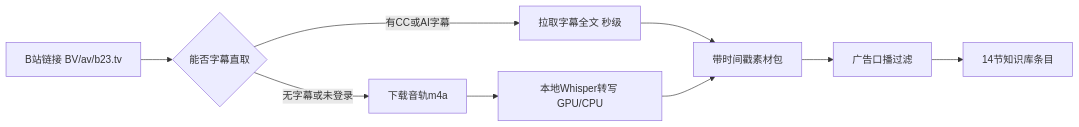
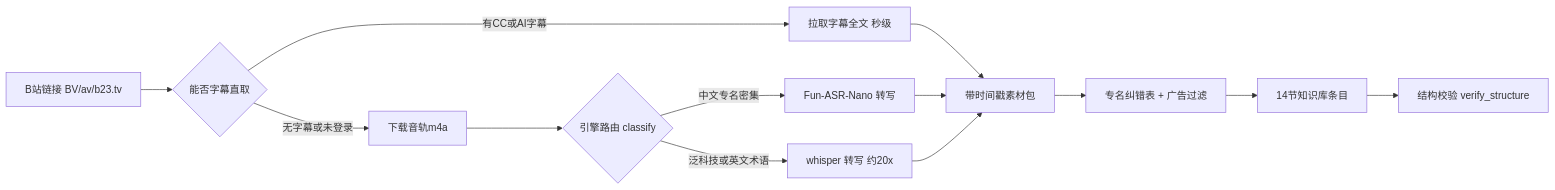
Before and after one commit to Willson-Huang/bilibili-video-summary: the diagram in README.md, drawn with Mermaid. The commit also changed other lines of this file, not shown here.

Commit message:
docs: 流程图更新至 v2.5.x（双引擎路由 + 纠错表 + 结构校验）
原图停留在单引擎（本地 Whisper）且缺专名纠错与结构校验环节，与首屏简介不一致。
新版 11 节点：字幕直取 / 音轨下载 → 引擎路由 classify（whisper 20x 或
Fun-ASR-Nano 专名准）→ 素材包 → 专名纠错+广告过滤 → 14 节条目 → 结构校验。
图下方改为三段说明表（字幕直取 / 引擎路由 / 纠错与校验）。

````diff
--- a/README.md
+++ b/README.md
@@ -94,11 +94,15 @@
 ```mermaid
 graph LR
     A["B站链接 BV/av/b23.tv"] --> B{"能否字幕直取"}
     B -->|有CC或AI字幕| C["拉取字幕全文 秒级"]
     B -->|无字幕或未登录| D["下载音轨m4a"]
-    D --> E["本地Whisper转写 GPU/CPU"]
-    C --> F["带时间戳素材包"]
-    E --> F
-    F --> G["广告口播过滤"]
-    G --> H["14节知识库条目"]
+    D --> E{"引擎路由 classify"}
+    E -->|中文专名密集| F["Fun-ASR-Nano 转写"]
+    E -->|泛科技或英文术语| G["whisper 转写 约20x"]
+    C --> H["带时间戳素材包"]
+    F --> H
+    G --> H
+    H --> I["专名纠错表 + 广告过滤"]
+    I --> J["14节知识库条目"]
+    J --> K["结构校验 verify_structure"]
 ```
````
